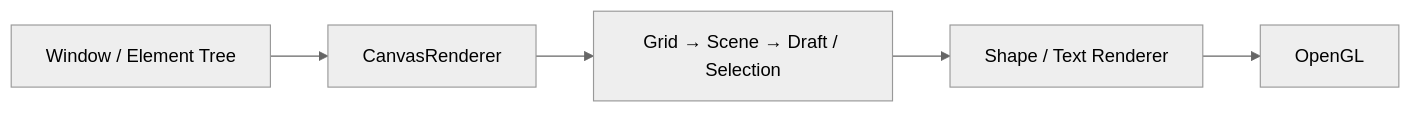
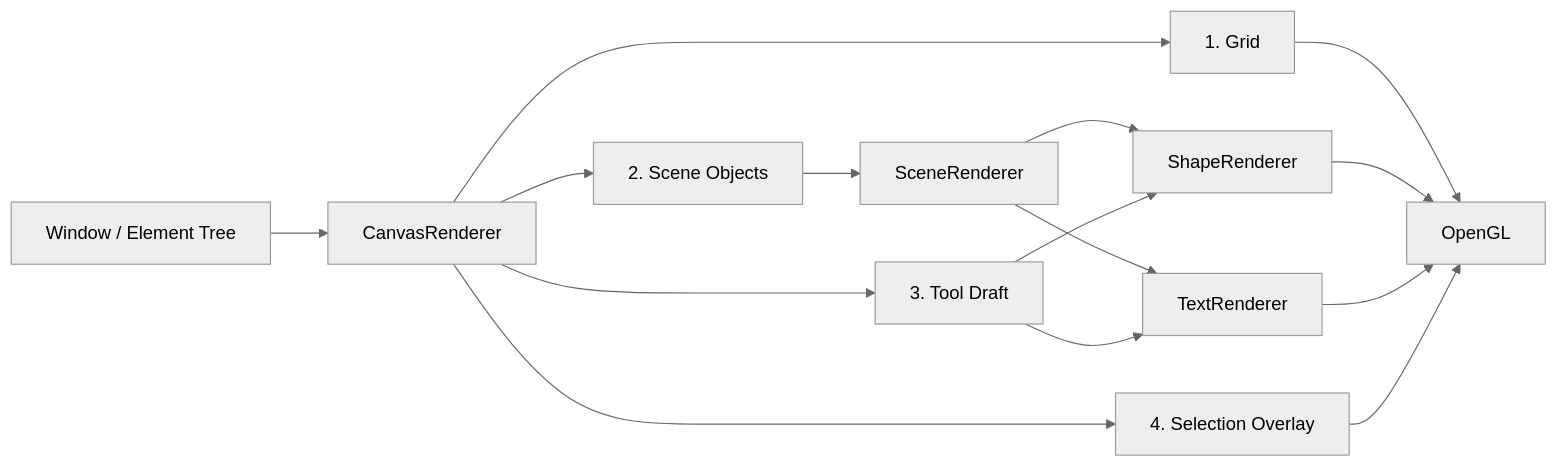
The diagram in docs/figures-src/ch03_render-pipeline.mmd (YuanOwO/CG-hw1-paint), drawn with Mermaid (neutral theme) before and after one commit. The commit also changed 16 other files, not shown here.

```diff
--- a/docs/figures-src/ch03_render-pipeline.mmd
+++ b/docs/figures-src/ch03_render-pipeline.mmd
@@ -1,5 +1,19 @@
 flowchart LR
-    tree[Window / Element Tree] --> canvas[CanvasRenderer]
-    canvas --> layers[Grid → Scene → Draft / Selection]
-    layers --> renderer[Shape / Text Renderer]
-    renderer --> gl[OpenGL]
+    W[Window / Element Tree] --> C[CanvasRenderer]
+
+    C --> G[1. Grid]
+    C --> S[2. Scene Objects]
+    C --> D[3. Tool Draft]
+    C --> O[4. Selection Overlay]
+
+    S --> SR[SceneRenderer]
+    SR --> SHR[ShapeRenderer]
+    SR --> TR[TextRenderer]
+
+    G --> GL[OpenGL]
+    SHR --> GL
+    TR --> GL
+    %% D --> GL
+    D --> SHR
+    D --> TR
+    O --> GL
```
